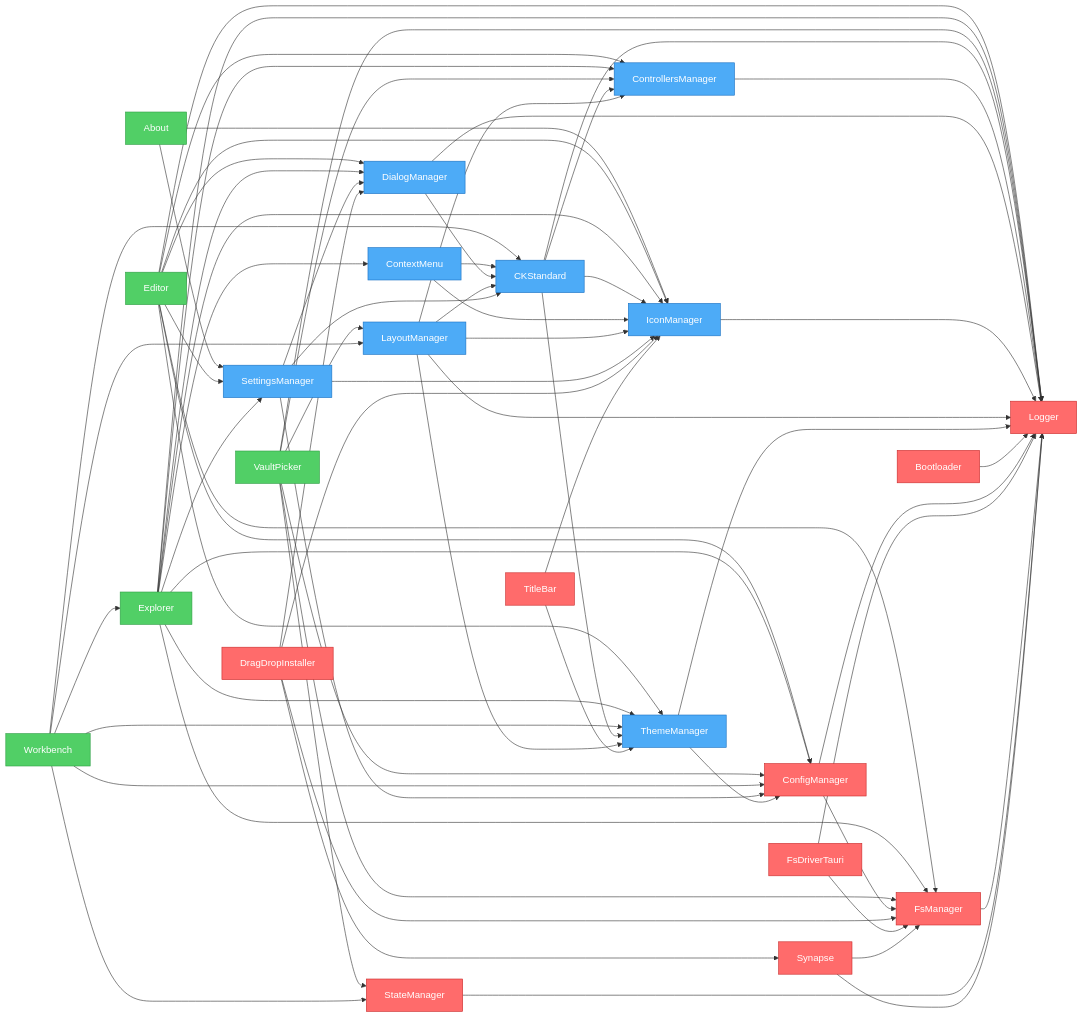
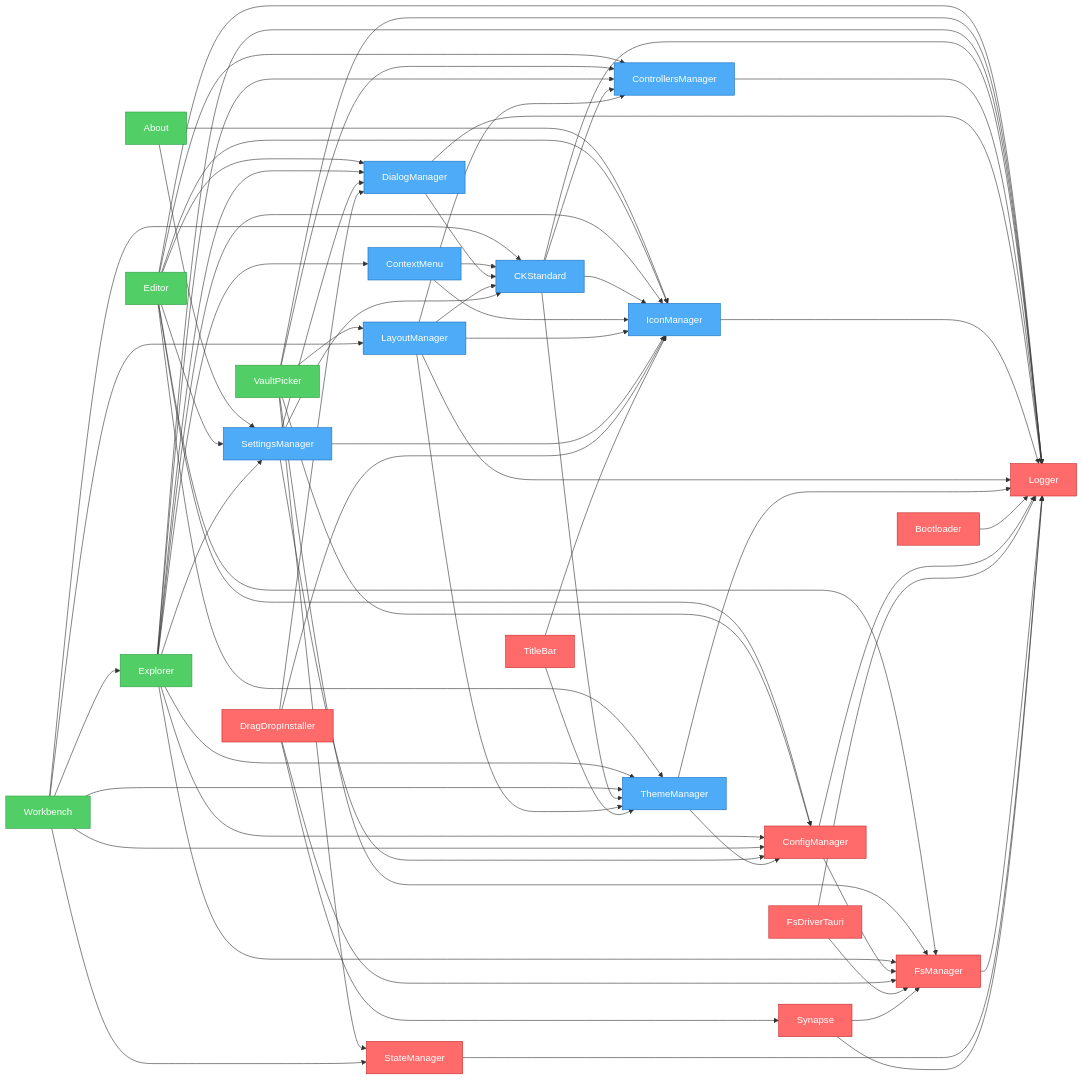
Before and after one commit to khton-tech/notehub.md: the diagram in artifacts/graph.mmd, drawn with Mermaid. The commit also changed other lines of this file and 4 other files, not shown here.

```diff
--- a/artifacts/graph.mmd
+++ b/artifacts/graph.mmd
@@ -1,99 +1,99 @@
 flowchart LR
     nh_features_about["About"]
     nh_features_editor["Editor"]
+    nh_features_vault-picker["VaultPicker"]
     nh_features_explorer["Explorer"]
-    nh_features_vault-picker["VaultPicker"]
     nh_features_workbench["Workbench"]
     nh_ui_ck-standard["CKStandard"]
     nh_ui_context-menu["ContextMenu"]
     nh_ui_controllers-manager["ControllersManager"]
     nh_ui_dialog-manager["DialogManager"]
     nh_ui_icon-manager["IconManager"]
     nh_ui_layout-manager["LayoutManager"]
     nh_ui_settings-manager["SettingsManager"]
     nh_ui_theme-manager["ThemeManager"]
     nh_system_bootloader["Bootloader"]
     nh_system_config-manager["ConfigManager"]
     nh_system_drag-drop["DragDropInstaller"]
     nh_system_fs-driver-tauri["FsDriverTauri"]
     nh_system_fs-manager["FsManager"]
     nh_system_logger["Logger"]
     nh_system_state-manager["StateManager"]
     nh_system_synapse["Synapse"]
     nh_system_titlebar["TitleBar"]
     nh_features_about --> nh_ui_settings-manager
     nh_features_about --> nh_ui_icon-manager
     nh_features_editor --> nh_system_config-manager
     nh_features_editor --> nh_ui_settings-manager
     nh_features_editor --> nh_system_fs-manager
     nh_features_editor --> nh_system_logger
     nh_features_editor --> nh_ui_controllers-manager
     nh_features_editor --> nh_ui_dialog-manager
     nh_features_editor --> nh_ui_icon-manager
     nh_features_editor --> nh_ui_theme-manager
+    nh_features_vault-picker --> nh_system_fs-manager
+    nh_features_vault-picker --> nh_system_config-manager
+    nh_features_vault-picker --> nh_system_state-manager
+    nh_features_vault-picker --> nh_system_logger
+    nh_features_vault-picker --> nh_ui_controllers-manager
+    nh_features_vault-picker --> nh_ui_layout-manager
     nh_features_explorer --> nh_system_config-manager
     nh_features_explorer --> nh_ui_settings-manager
     nh_features_explorer --> nh_system_fs-manager
     nh_features_explorer --> nh_system_logger
     nh_features_explorer --> nh_ui_controllers-manager
     nh_features_explorer --> nh_ui_icon-manager
     nh_features_explorer --> nh_ui_theme-manager
     nh_features_explorer --> nh_ui_context-menu
     nh_features_explorer --> nh_ui_dialog-manager
-    nh_features_vault-picker --> nh_system_fs-manager
-    nh_features_vault-picker --> nh_system_config-manager
-    nh_features_vault-picker --> nh_system_state-manager
-    nh_features_vault-picker --> nh_system_logger
-    nh_features_vault-picker --> nh_ui_controllers-manager
-    nh_features_vault-picker --> nh_ui_layout-manager
     nh_features_workbench --> nh_system_config-manager
     nh_features_workbench --> nh_ui_layout-manager
     nh_features_workbench --> nh_ui_theme-manager
     nh_features_workbench --> nh_ui_ck-standard
     nh_features_workbench --> nh_system_state-manager
     nh_features_workbench --> nh_features_explorer
     nh_ui_ck-standard --> nh_system_logger
     nh_ui_ck-standard --> nh_ui_controllers-manager
     nh_ui_ck-standard --> nh_ui_icon-manager
     nh_ui_ck-standard --> nh_ui_theme-manager
     nh_ui_context-menu --> nh_ui_icon-manager
     nh_ui_context-menu --> nh_ui_ck-standard
     nh_ui_controllers-manager --> nh_system_logger
     nh_ui_dialog-manager --> nh_system_logger
     nh_ui_dialog-manager --> nh_ui_ck-standard
     nh_ui_icon-manager --> nh_system_logger
     nh_ui_layout-manager --> nh_system_logger
     nh_ui_layout-manager --> nh_ui_theme-manager
     nh_ui_layout-manager --> nh_ui_icon-manager
     nh_ui_layout-manager --> nh_ui_controllers-manager
     nh_ui_layout-manager --> nh_ui_ck-standard
     nh_ui_settings-manager --> nh_system_config-manager
     nh_ui_settings-manager --> nh_ui_ck-standard
     nh_ui_settings-manager --> nh_ui_icon-manager
     nh_ui_settings-manager --> nh_ui_dialog-manager
     nh_ui_theme-manager --> nh_system_logger
     nh_ui_theme-manager --> nh_system_config-manager
     nh_system_bootloader --> nh_system_logger
     nh_system_config-manager --> nh_system_logger
     nh_system_config-manager --> nh_system_fs-manager
     nh_system_drag-drop --> nh_ui_icon-manager
     nh_system_drag-drop --> nh_ui_dialog-manager
     nh_system_drag-drop --> nh_system_fs-manager
     nh_system_drag-drop --> nh_system_synapse
     nh_system_fs-driver-tauri --> nh_system_logger
     nh_system_fs-driver-tauri --> nh_system_fs-manager
     nh_system_fs-manager --> nh_system_logger
     nh_system_state-manager --> nh_system_logger
     nh_system_synapse --> nh_system_fs-manager
     nh_system_synapse --> nh_system_logger
     nh_system_titlebar --> nh_ui_icon-manager
     nh_system_titlebar --> nh_ui_theme-manager
 
     %% Styles
     classDef system fill:#ff6b6b,stroke:#c92a2a,color:#fff
     classDef ui fill:#4dabf7,stroke:#1971c2,color:#fff
     classDef feature fill:#51cf66,stroke:#2f9e44,color:#fff
     class nh_features_about,nh_features_vault-picker feature
     class nh_features_editor,nh_features_explorer,nh_features_workbench feature
     class nh_ui_ck-standard,nh_ui_context-menu,nh_ui_controllers-manager,nh_ui_dialog-manager,nh_ui_icon-manager,nh_ui_layout-manager,nh_ui_settings-manager,nh_ui_theme-manager ui
     class nh_system_bootloader,nh_system_config-manager,nh_system_drag-drop,nh_system_fs-driver-tauri,nh_system_fs-manager,nh_system_logger,nh_system_state-manager,nh_system_synapse,nh_system_titlebar system
```
